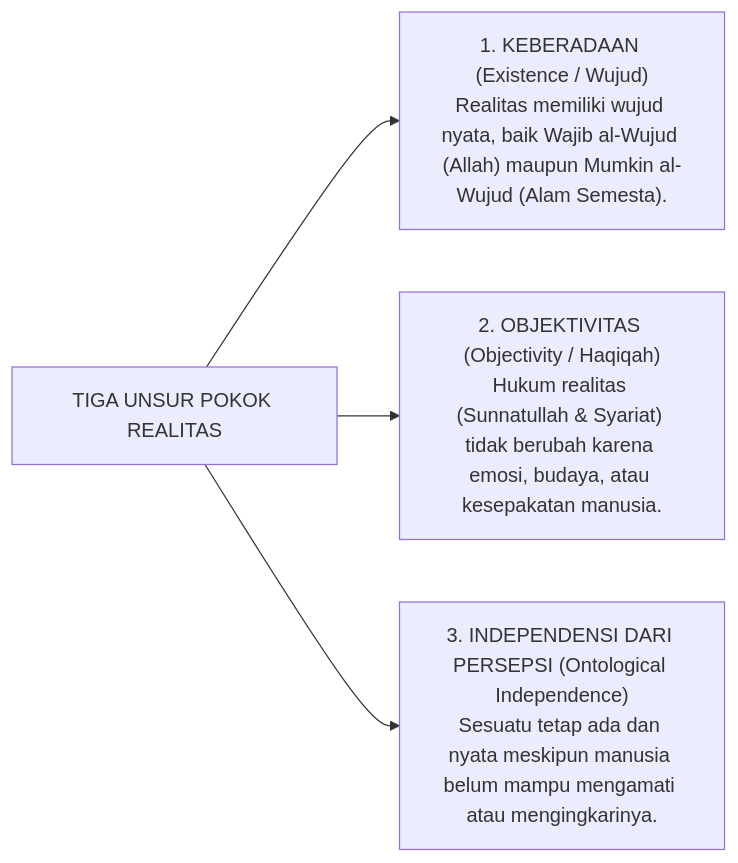
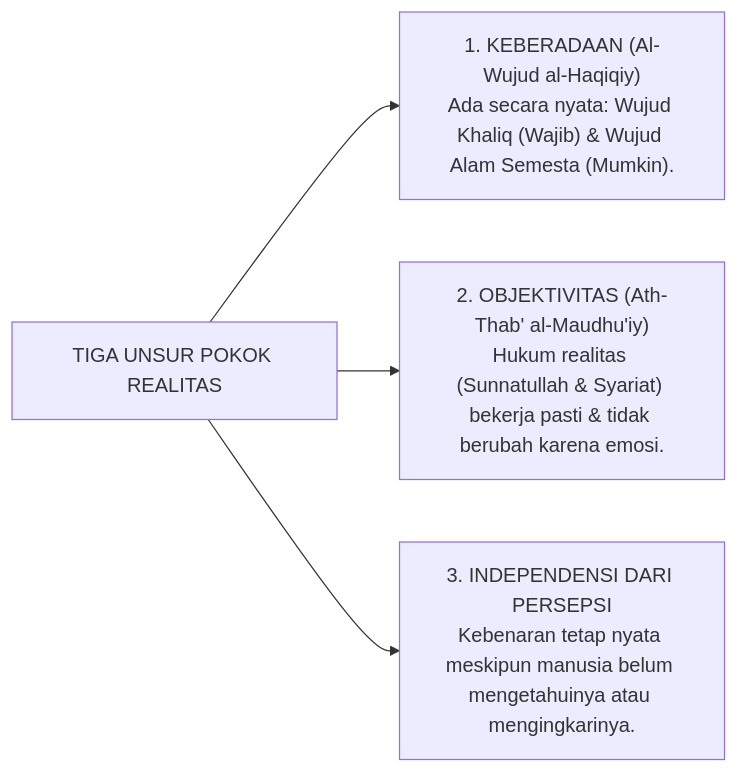
The first of 8 diagrams in 01 Philosophy/01 Worldview/P1-01-01-01-Definisi-Realitas.md (wandiapriliyandi/tumbuh), drawn with Mermaid before and after one commit. The commit also changed other lines of this file, not shown here.

Commit message:
feat(worldview): pembaruan format monograf terpadu P1-01-01-01 (konsensus eksekutif, dialektika inkuiri, dan catatan kaki)

````diff
--- a/01 Philosophy/01 Worldview/P1-01-01-01-Definisi-Realitas.md
+++ b/01 Philosophy/01 Worldview/P1-01-01-01-Definisi-Realitas.md
@@ -61,7 +53,7 @@
 ```mermaid
 graph LR
     Unsur["TIGA UNSUR POKOK REALITAS"]
-    Unsur --> U1["1. KEBERADAAN (Existence / Wujud)<br/>Realitas memiliki wujud nyata, baik Wajib al-Wujud (Allah) maupun Mumkin al-Wujud (Alam Semesta)."]
-    Unsur --> U2["2. OBJEKTIVITAS (Objectivity / Haqiqah)<br/>Hukum realitas (Sunnatullah & Syariat) tidak berubah karena emosi, budaya, atau kesepakatan manusia."]
-    Unsur --> U3["3. INDEPENDENSI DARI PERSEPSI (Ontological Independence)<br/>Sesuatu tetap ada dan nyata meskipun manusia belum mampu mengamati atau mengingkarinya."]
+    Unsur --> U1["1. KEBERADAAN (Al-Wujud al-Haqiqiy)<br/>Ada secara nyata: Wujud Khaliq (Wajib) & Wujud Alam Semesta (Mumkin)."]
+    Unsur --> U2["2. OBJEKTIVITAS (Ath-Thab' al-Maudhu'iy)<br/>Hukum realitas (Sunnatullah & Syariat) bekerja pasti & tidak berubah karena emosi."]
+    Unsur --> U3["3. INDEPENDENSI DARI PERSEPSI<br/>Kebenaran tetap nyata meskipun manusia belum mengetahuinya atau mengingkarinya."]
 ```
````
